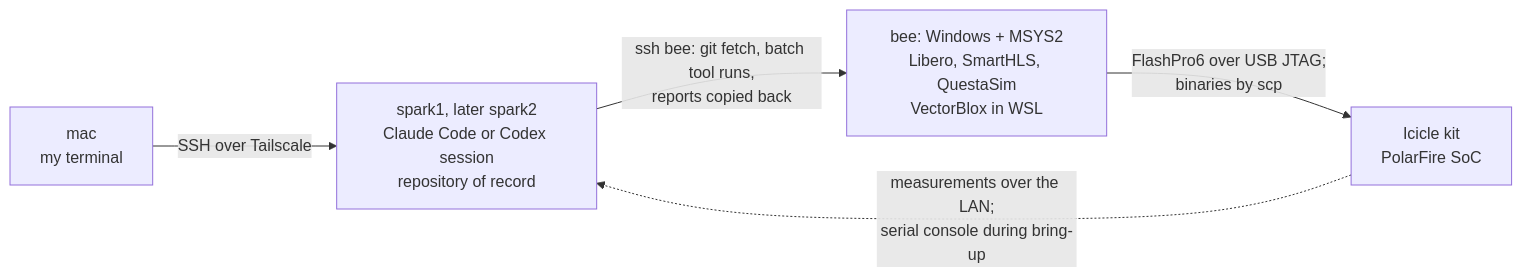
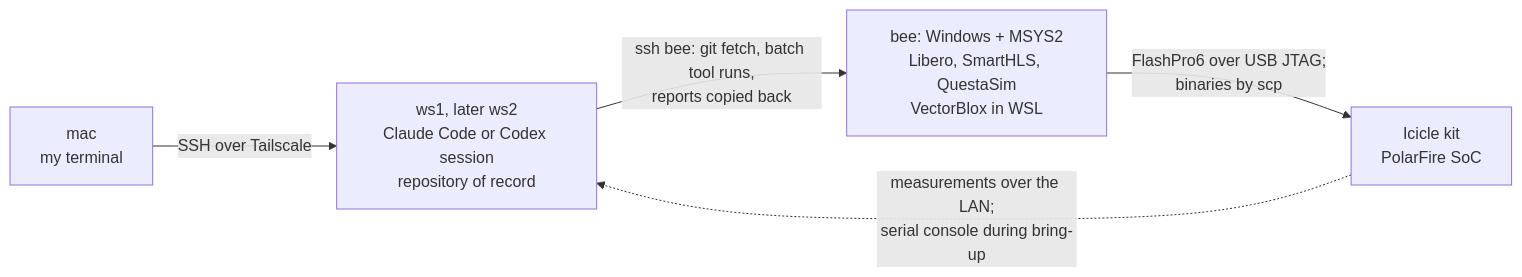
Before and after one commit to jasonphillip/tychon-quantum-sensing: the second of 2 diagrams in docs/lab.md, drawn with Mermaid. The commit also changed other lines of this file and 89 other files, not shown here.

````diff
--- a/docs/lab.md
+++ b/docs/lab.md
@@ -73,7 +73,7 @@
 ```mermaid
 flowchart LR
-  MAC["mac<br/>my terminal"] -- "SSH over Tailscale" --> SP["spark1, later spark2<br/>Claude Code or Codex session<br/>repository of record"]
+  MAC["mac<br/>my terminal"] -- "SSH over Tailscale" --> SP["ws1, later ws2<br/>Claude Code or Codex session<br/>repository of record"]
   SP -- "ssh bee: git fetch, batch tool runs,<br/>reports copied back" --> BEE["bee: Windows + MSYS2<br/>Libero, SmartHLS, QuestaSim<br/>VectorBlox in WSL"]
   BEE -- "FlashPro6 over USB JTAG;<br/>binaries by scp" --> KIT["Icicle kit<br/>PolarFire SoC"]
   KIT -. "measurements over the LAN;<br/>serial console during bring-up" .-> SP
 ```
````
